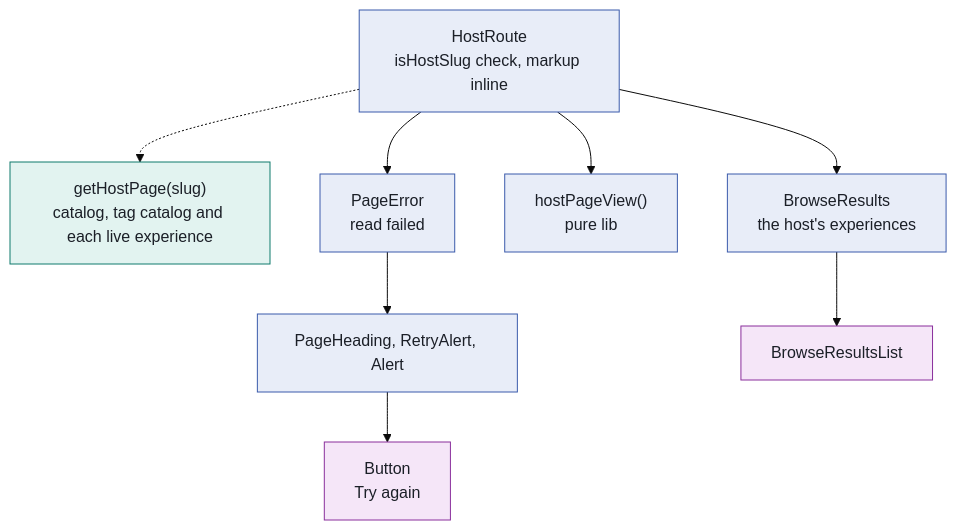
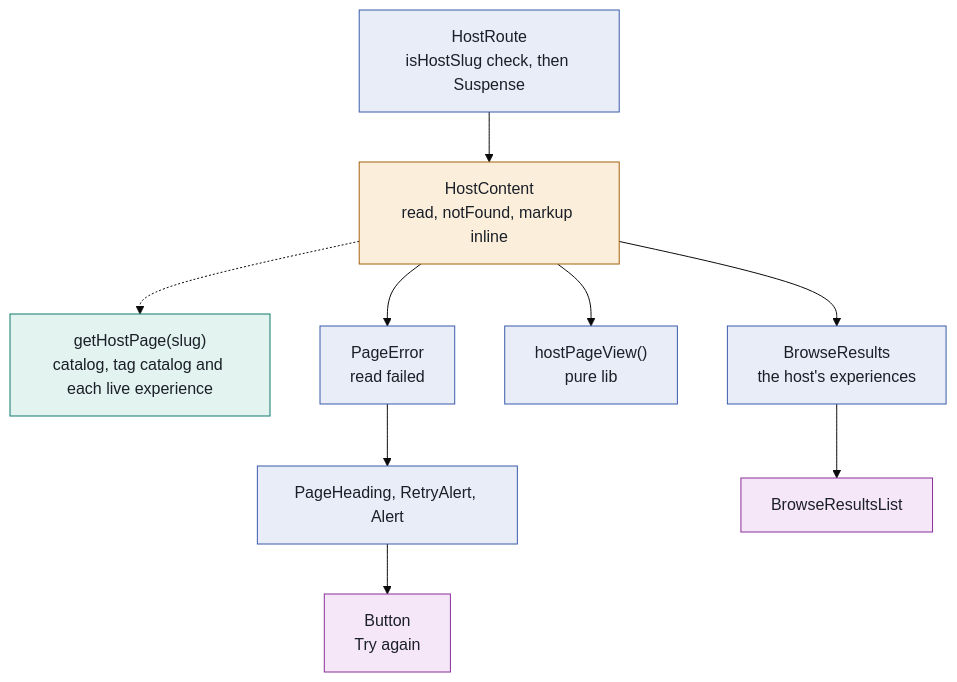
One commit to defaultdave/ramble changed the tenth of 13 diagrams in src/app/(guest)/README.md. Above: the diagram before and after it, drawn with Mermaid (base theme). The commit also changed other lines of this file and 7 other files, not shown here.

````diff
--- a/src/app/(guest)/README.md
+++ b/src/app/(guest)/README.md
@@ -475,25 +475,27 @@
 ```mermaid
 flowchart TD
   classDef server fill:#e8edf8,stroke:#3b5bab,color:#1b1f27
   classDef cached fill:#e2f3f0,stroke:#0f7a6c,color:#1b1f27
   classDef streamed fill:#fbefdc,stroke:#a3610a,color:#1b1f27
   classDef client fill:#f5e6f8,stroke:#8a2f9c,color:#1b1f27
   classDef action fill:#fbe6e4,stroke:#b3261e,color:#1b1f27
 
-  HR["HostRoute<br/>isHostSlug check, markup inline"]:::server
+  HR["HostRoute<br/>isHostSlug check, then Suspense"]:::server
+  HC["HostContent<br/>read, notFound, markup inline"]:::streamed
   GH["getHostPage(slug)<br/>catalog, tag catalog and each live experience"]:::cached
   PE["PageError<br/>read failed"]:::server
   RA["PageHeading, RetryAlert, Alert"]:::server
   BT["Button<br/>Try again"]:::client
   HV["hostPageView()<br/>pure lib"]:::server
   BR["BrowseResults<br/>the host's experiences"]:::server
   BL["BrowseResultsList"]:::client
 
-  HR -.-> GH
-  HR --> PE
-  HR --> HV
-  HR --> BR
+  HR --> HC
+  HC -.-> GH
+  HC --> PE
+  HC --> HV
+  HC --> BR
   PE --> RA
   RA --> BT
   BR --> BL
 ```
````
